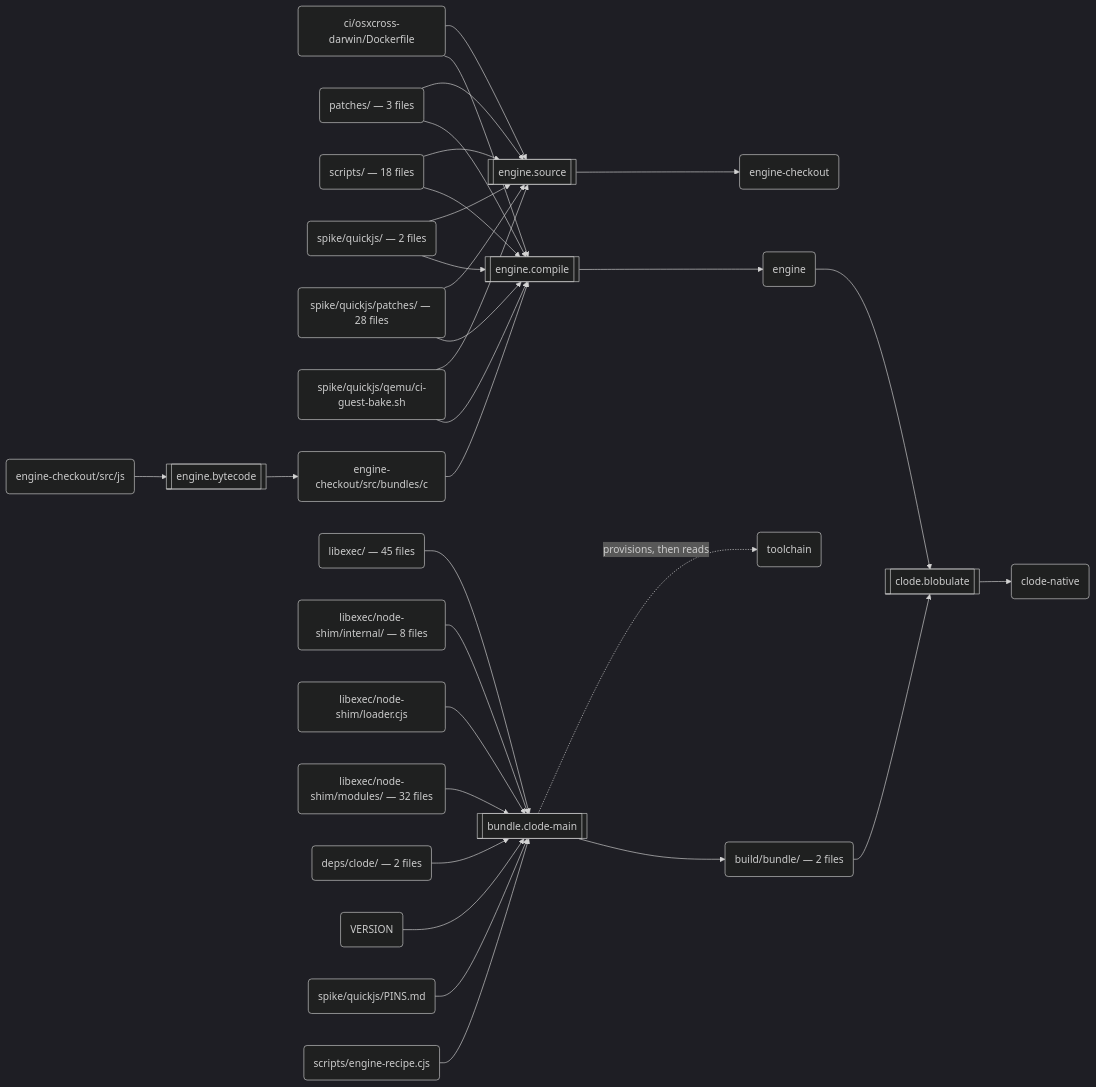
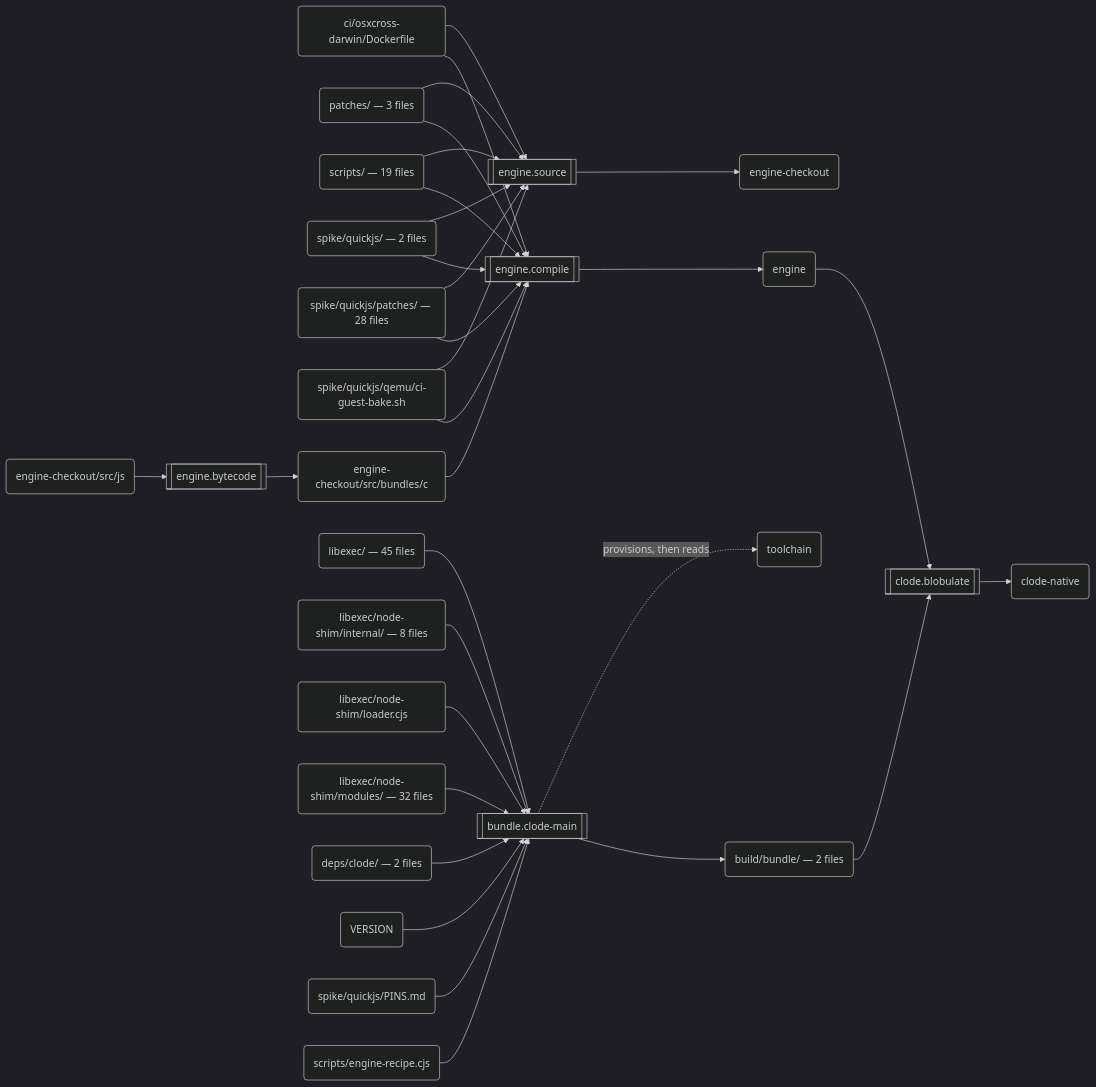
The second of 3 diagrams in docs/build.md (schmonz/clode), drawn with Mermaid (dark theme) before and after one commit. The commit also changed 6 other files, not shown here.

````diff
--- a/docs/build.md
+++ b/docs/build.md
@@ -123,59 +123,59 @@
 ```mermaid
 flowchart LR
   s0[["engine.source"]]
   a0("ci/osxcross-darwin/Dockerfile")
   a1("patches/ — 3 files")
-  a2("scripts/ — 18 files")
+  a2("scripts/ — 19 files")
   a3("spike/quickjs/ — 2 files")
   a4("spike/quickjs/patches/ — 28 files")
   a5("spike/quickjs/qemu/ci-guest-bake.sh")
   a6("engine-checkout")
   s1[["engine.bytecode"]]
   a7("engine-checkout/src/js")
   a8("engine-checkout/src/bundles/c")
   s2[["engine.compile"]]
   a9("engine")
   s3[["bundle.clode-main"]]
   a10("libexec/ — 45 files")
   a11("libexec/node-shim/internal/ — 8 files")
   a12("libexec/node-shim/loader.cjs")
   a13("libexec/node-shim/modules/ — 32 files")
   a14("deps/clode/ — 2 files")
   a15("VERSION")
   a16("spike/quickjs/PINS.md")
   a17("scripts/engine-recipe.cjs")
   a18("toolchain")
   a19("build/bundle/ — 2 files")
   s4[["clode.blobulate"]]
   a20("clode-native")
   a0 --> s0
   a1 --> s0
   a2 --> s0
   a3 --> s0
   a4 --> s0
   a5 --> s0
   s0 --> a6
   a7 --> s1
   s1 --> a8
   a8 --> s2
   a0 --> s2
   a1 --> s2
   a2 --> s2
   a3 --> s2
   a4 --> s2
   a5 --> s2
   s2 --> a9
   a10 --> s3
   a11 --> s3
   a12 --> s3
   a13 --> s3
   a14 --> s3
   a15 --> s3
   a16 --> s3
   a17 --> s3
   s3 -.->|"provisions, then reads"| a18
   s3 --> a19
   a9 --> s4
   a19 --> s4
   s4 --> a20
 ```
````
